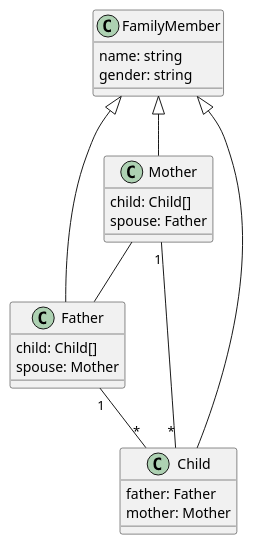
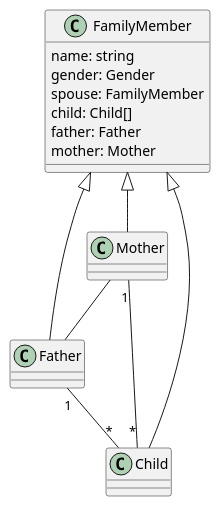
One commit to evaou/family-tree changed the diagram in uml/domain-model.puml. Above: the diagram before and after it, drawn with PlantUML. The commit also changed 1 other file, not shown here.

Commit message:
update uml

```diff
--- a/uml/domain-model.puml
+++ b/uml/domain-model.puml
@@ -1,31 +1,29 @@
 @startuml domain model
 
 class FamilyMember {
     name: string
-    gender: string
+    gender: Gender
+    spouse: FamilyMember
+    child: Child[]
+    father: Father
+    mother: Mother
 }
 
 class Mother {
-    child: Child[]
-    spouse: Father
 }
 
 class Father {
-    child: Child[]
-    spouse: Mother
 }
 
 class Child {
-    father: Father
-    mother: Mother
 }
 
 FamilyMember <|-- Mother
 FamilyMember <|-- Father
 FamilyMember <|-- Child
 
 Mother "1" -- "*" Child
 Father "1" -- "*" Child
 Mother -- Father
 
 @enduml
```
